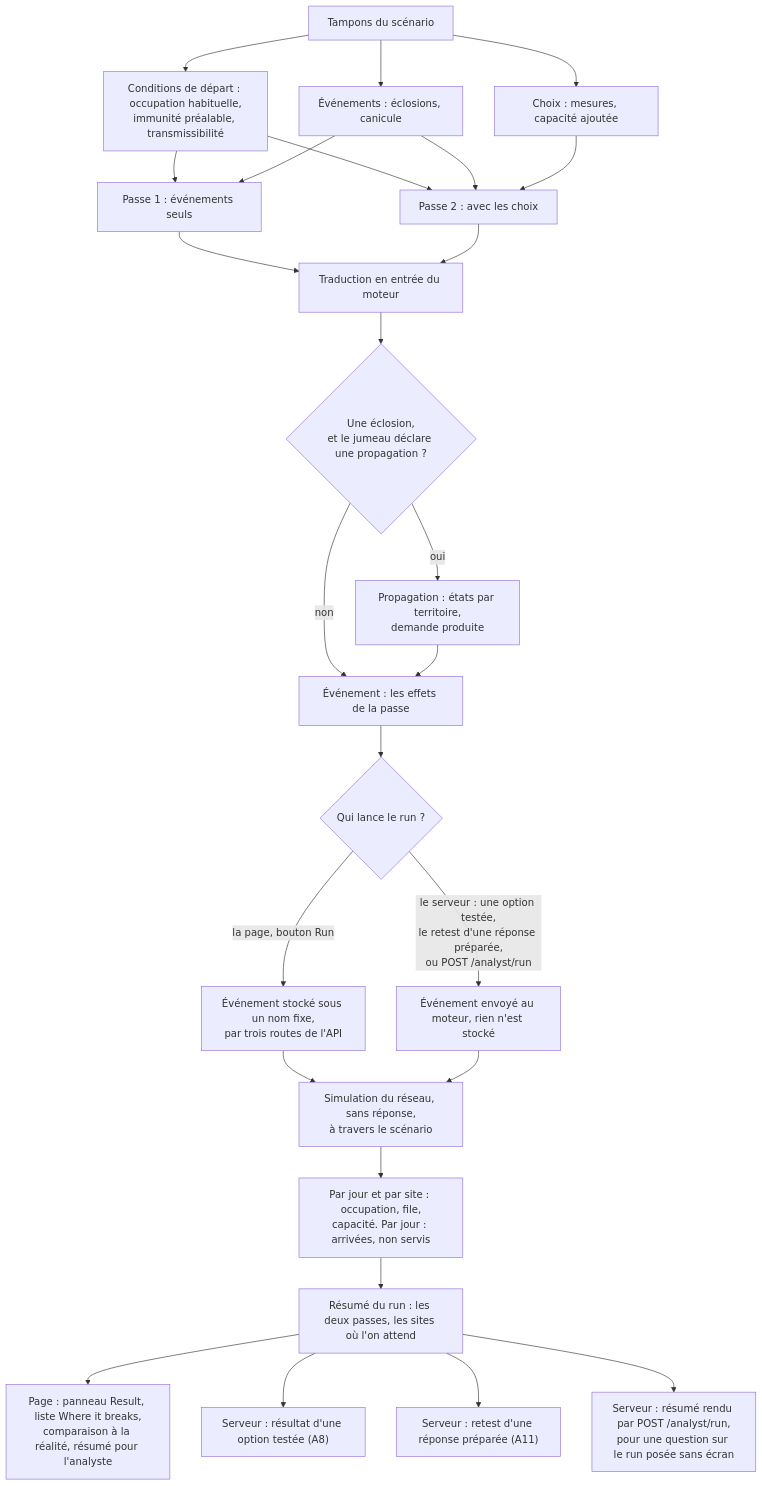
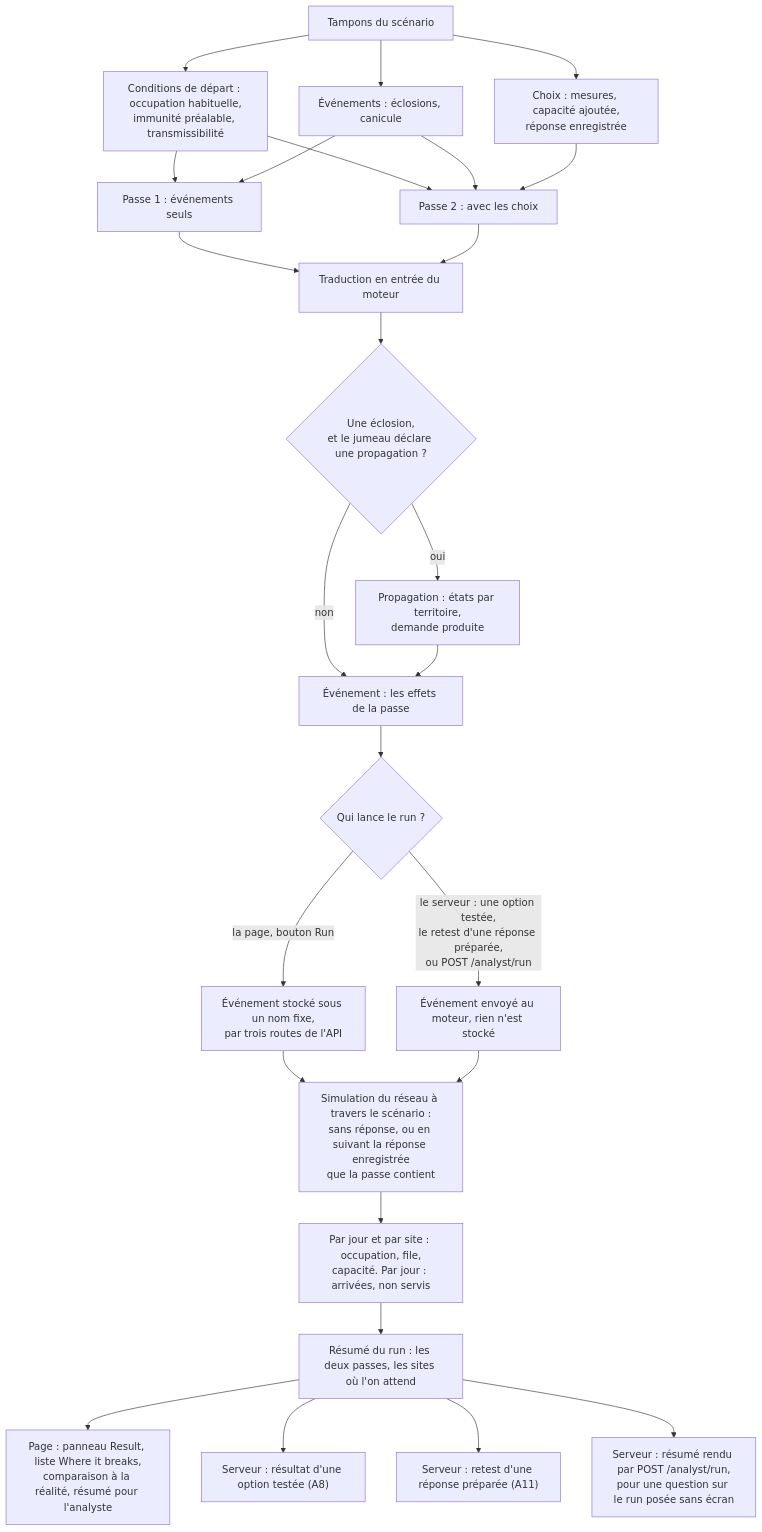
One commit to V1ktor7/obscyro changed the fourth of 33 diagrams in docs/algorithms.md. Above: the diagram before and after it, drawn with Mermaid. The commit also changed other lines of this file and 28 other files, not shown here.

````diff
--- a/docs/algorithms.md
+++ b/docs/algorithms.md
@@ -177,28 +177,28 @@
 ```mermaid
 flowchart TD
     S["Tampons du scénario"] --> C["Conditions de départ : occupation habituelle,<br/>immunité préalable, transmissibilité"]
     S --> E["Événements : éclosions, canicule"]
-    S --> K["Choix : mesures, capacité ajoutée"]
+    S --> K["Choix : mesures, capacité ajoutée,<br/>réponse enregistrée"]
     C --> V1["Passe 1 : événements seuls"]
     E --> V1
     C --> V2["Passe 2 : avec les choix"]
     E --> V2
     K --> V2
     V1 --> T["Traduction en entrée du moteur"]
     V2 --> T
     T --> P{"Une éclosion,<br/>et le jumeau déclare une propagation ?"}
     P -->|"oui"| SP["Propagation : états par territoire,<br/>demande produite"]
     P -->|"non"| EV["Événement : les effets de la passe"]
     SP --> EV
     EV --> W{"Qui lance le run ?"}
     W -->|"la page, bouton Run"| EP["Événement stocké sous un nom fixe,<br/>par trois routes de l'API"]
     W -->|"le serveur : une option testée,<br/>le retest d'une réponse préparée,<br/>ou POST /analyst/run"| ES["Événement envoyé au moteur, rien n'est stocké"]
-    EP --> RUN["Simulation du réseau, sans réponse,<br/>à travers le scénario"]
+    EP --> RUN["Simulation du réseau à travers le scénario :<br/>sans réponse, ou en suivant la réponse enregistrée<br/>que la passe contient"]
     ES --> RUN
     RUN --> G["Par jour et par site : occupation, file,<br/>capacité. Par jour : arrivées, non servis"]
     G --> D["Résumé du run : les deux passes, les sites où l'on attend"]
     D --> R["Page : panneau Result, liste Where it breaks,<br/>comparaison à la réalité, résumé pour l'analyste"]
     D --> O["Serveur : résultat d'une option testée (A8)"]
     D --> O3["Serveur : retest d'une réponse préparée (A11)"]
     D --> O2["Serveur : résumé rendu par POST /analyst/run,<br/>pour une question sur le run posée sans écran"]
 ```
````
